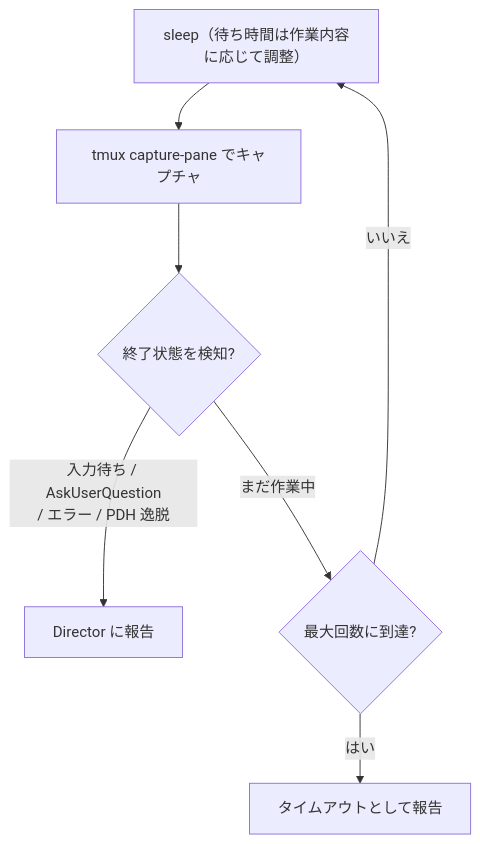
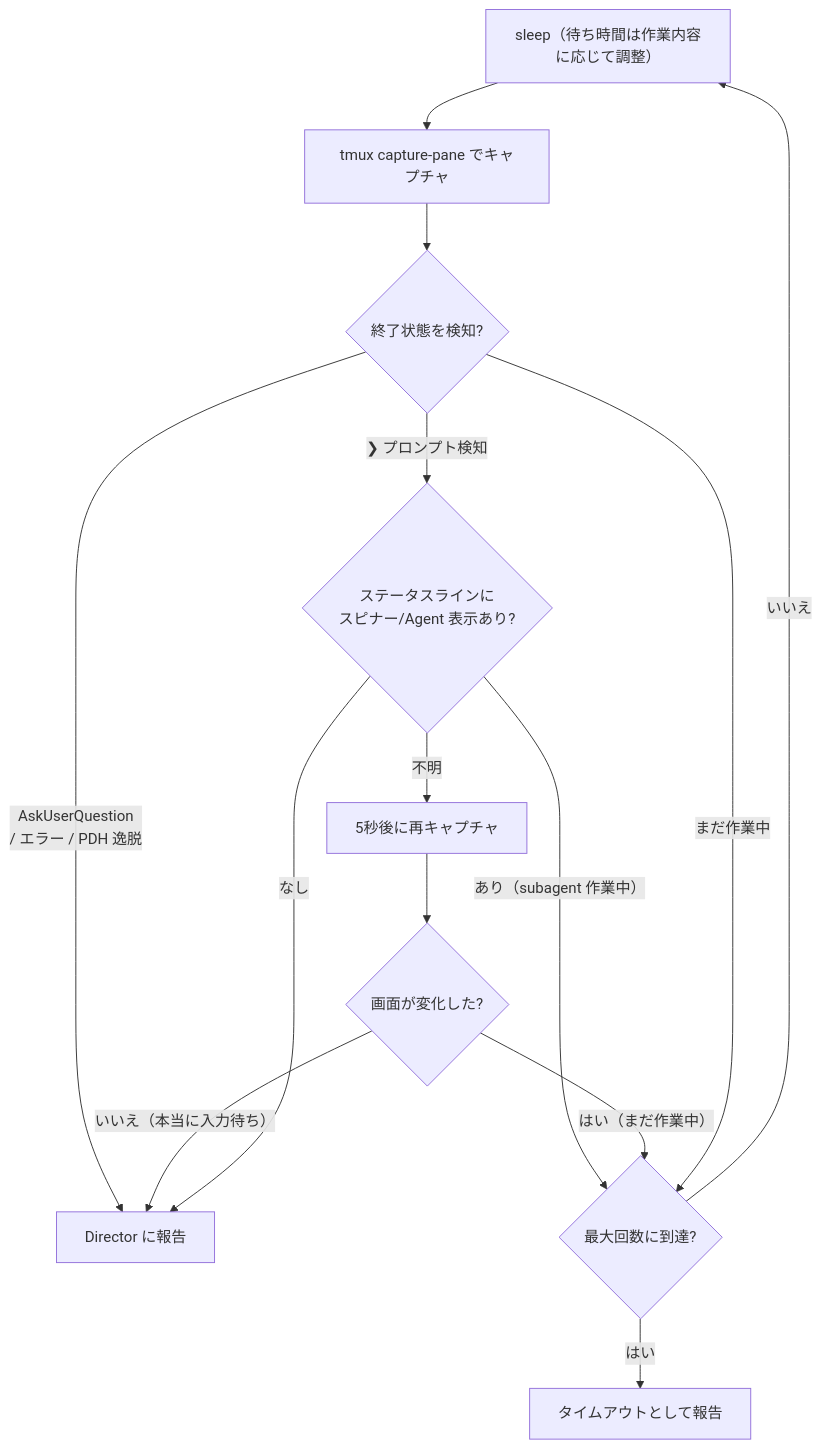
Before and after one commit to masuidrive/pdh: the second of 3 diagrams in skills/tmux-director/SKILL.md, drawn with Mermaid. The commit also changed other lines of this file, not shown here.

Commit message:
fix(tmux-director): Monitor Agent が subagent 動作中を誤検知しないよう入力待ち判定を強化
❯ プロンプト検知時にステータスラインのスピナー/Agent表示を確認し、
不明な場合は5秒後の再キャプチャで画面変化をチェックしてから判定する。

https://claude.ai/code/session_0113M1NqgjTh9qCfYryfrEUs

````diff
--- a/skills/tmux-director/SKILL.md
+++ b/skills/tmux-director/SKILL.md
@@ -48,9 +48,16 @@
 ```mermaid
 flowchart TD
     M1["sleep（待ち時間は作業内容に応じて調整）"] --> M2["tmux capture-pane でキャプチャ"]
     M2 --> M3{"終了状態を検知?"}
-    M3 -- "入力待ち / AskUserQuestion<br/>/ エラー / PDH 逸脱" --> M4["Director に報告"]
+    M3 -- "AskUserQuestion<br/>/ エラー / PDH 逸脱" --> M4["Director に報告"]
+    M3 -- "❯ プロンプト検知" --> M3a{"ステータスラインに<br/>スピナー/Agent 表示あり?"}
+    M3a -- "あり（subagent 作業中）" --> M5
+    M3a -- "不明" --> M3b["5秒後に再キャプチャ"]
+    M3b --> M3c{"画面が変化した?"}
+    M3c -- "はい（まだ作業中）" --> M5
+    M3c -- "いいえ（本当に入力待ち）" --> M4
+    M3a -- "なし" --> M4
     M3 -- "まだ作業中" --> M5{"最大回数に到達?"}
     M5 -- "いいえ" --> M1
     M5 -- "はい" --> M6["タイムアウトとして報告"]
 ```
````
